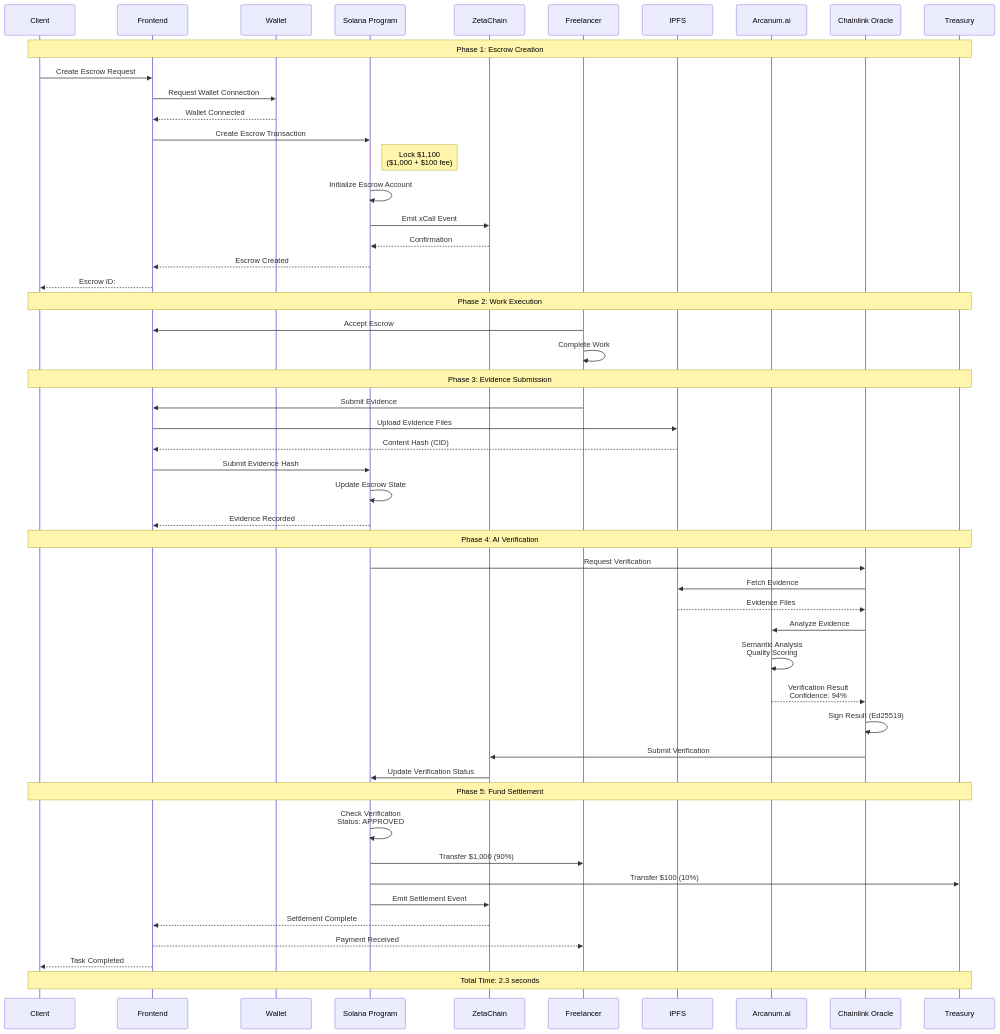
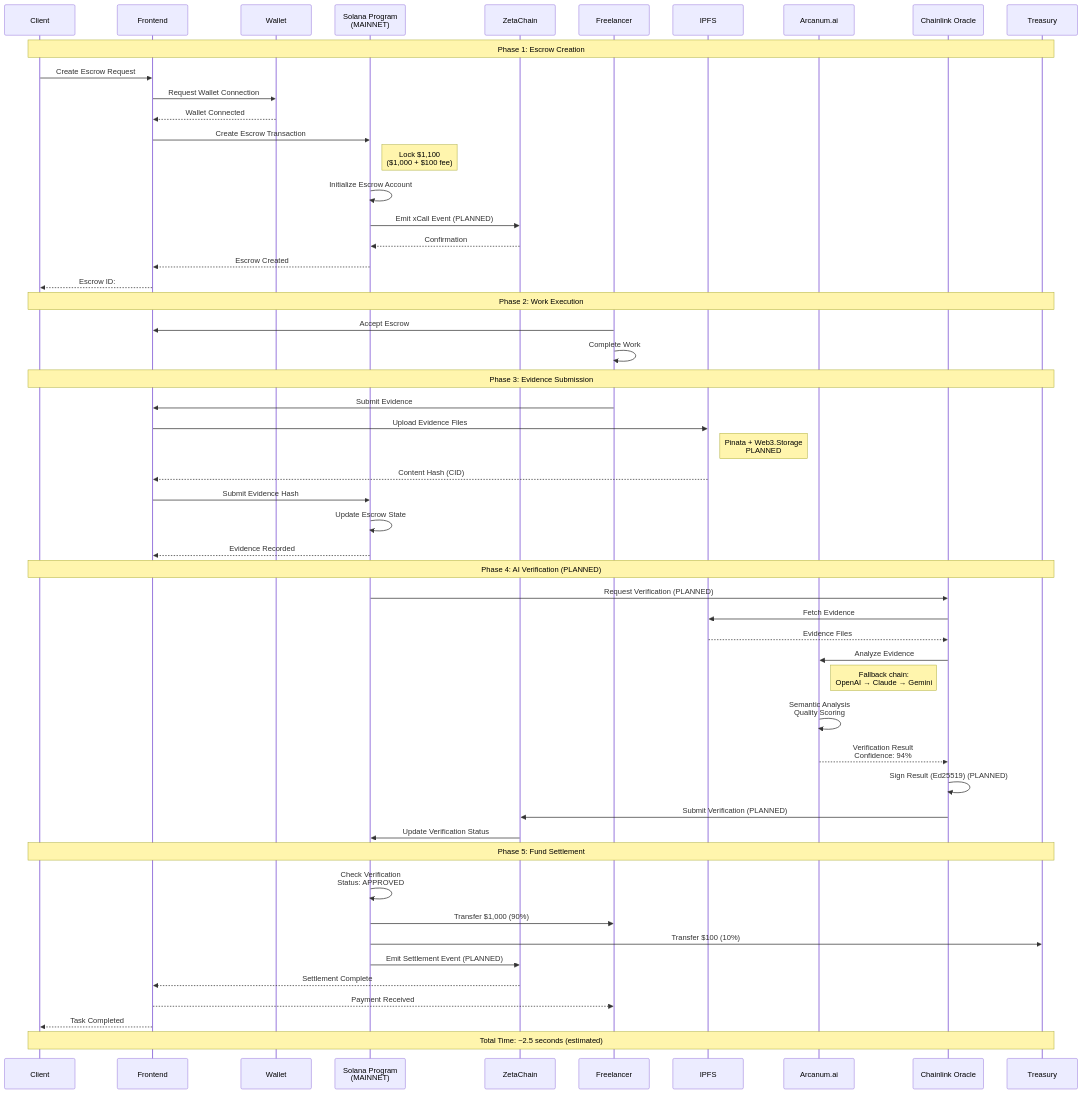
Before and after one commit to De-real-iManuel/aetherlock-docs: the second of 8 diagrams in diagrams/sequence-diagrams.md, drawn with Mermaid. The commit also changed other lines of this file and 144 other files, not shown here.

````diff
--- a/diagrams/sequence-diagrams.md
+++ b/diagrams/sequence-diagrams.md
@@ -7,60 +93,62 @@
 ```mermaid
 sequenceDiagram
     participant Client
     participant Frontend
     participant Wallet
-    participant Solana as Solana Program
+    participant Solana as Solana Program<br/>(MAINNET)
     participant ZetaChain
     participant Freelancer
     participant IPFS
     participant AI as Arcanum.ai
     participant Oracle as Chainlink Oracle
     participant Treasury
     
     Note over Client,Treasury: Phase 1: Escrow Creation
     Client->>Frontend: Create Escrow Request
     Frontend->>Wallet: Request Wallet Connection
     Wallet-->>Frontend: Wallet Connected
     
     Frontend->>Solana: Create Escrow Transaction
     Note right of Solana: Lock $1,100<br/>($1,000 + $100 fee)
     Solana->>Solana: Initialize Escrow Account
-    Solana->>ZetaChain: Emit xCall Event
+    Solana->>ZetaChain: Emit xCall Event (PLANNED)
     ZetaChain-->>Solana: Confirmation
     Solana-->>Frontend: Escrow Created
     Frontend-->>Client: Escrow ID: #12345
     
     Note over Client,Treasury: Phase 2: Work Execution
     Freelancer->>Frontend: Accept Escrow
     Freelancer->>Freelancer: Complete Work
     
     Note over Client,Treasury: Phase 3: Evidence Submission
     Freelancer->>Frontend: Submit Evidence
     Frontend->>IPFS: Upload Evidence Files
+    Note right of IPFS: Pinata + Web3.Storage<br/>PLANNED
     IPFS-->>Frontend: Content Hash (CID)
     Frontend->>Solana: Submit Evidence Hash
     Solana->>Solana: Update Escrow State
     Solana-->>Frontend: Evidence Recorded
     
-    Note over Client,Treasury: Phase 4: AI Verification
-    Solana->>Oracle: Request Verification
+    Note over Client,Treasury: Phase 4: AI Verification (PLANNED)
+    Solana->>Oracle: Request Verification (PLANNED)
     Oracle->>IPFS: Fetch Evidence
     IPFS-->>Oracle: Evidence Files
     Oracle->>AI: Analyze Evidence
+    Note right of AI: Fallback chain:<br/>OpenAI → Claude → Gemini
     AI->>AI: Semantic Analysis<br/>Quality Scoring
     AI-->>Oracle: Verification Result<br/>Confidence: 94%
-    Oracle->>Oracle: Sign Result (Ed25519)
-    Oracle->>ZetaChain: Submit Verification
+    Oracle->>Oracle: Sign Result (Ed25519) (PLANNED)
+    Oracle->>ZetaChain: Submit Verification (PLANNED)
     ZetaChain->>Solana: Update Verification Status
     
     Note over Client,Treasury: Phase 5: Fund Settlement
     Solana->>Solana: Check Verification<br/>Status: APPROVED
     Solana->>Freelancer: Transfer $1,000 (90%)
     Solana->>Treasury: Transfer $100 (10%)
-    Solana->>ZetaChain: Emit Settlement Event
+    Solana->>ZetaChain: Emit Settlement Event (PLANNED)
     ZetaChain-->>Frontend: Settlement Complete
     Frontend-->>Freelancer: Payment Received
     Frontend-->>Client: Task Completed
     
-    Note over Client,Treasury: Total Time: 2.3 seconds
+    Note over Client,Treasury: Total Time: ~2.5 seconds (estimated)
 ```
````
